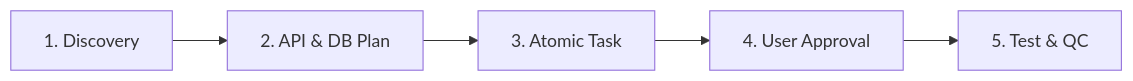
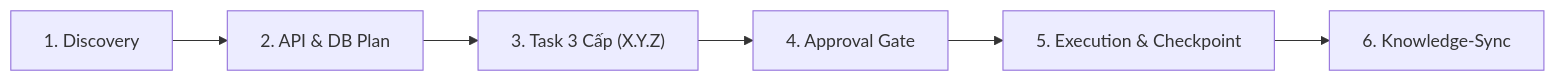
One commit to kindustries-erp/erp-api changed the diagram in .agents/workflows/plan-and-task.md. Above: the diagram before and after it, drawn with Mermaid. The commit also changed other lines of this file, not shown here.

Commit message:
docs(workflow): enhance plan-and-task workflow with strict read-only planning guard

````diff
--- a/.agents/workflows/plan-and-task.md
+++ b/.agents/workflows/plan-and-task.md
@@ -13,7 +13,8 @@
 ```mermaid
 graph LR
     A["1. Discovery"] --> B["2. API & DB Plan"]
-    B --> C["3. Atomic Task"]
-    C --> D["4. User Approval"]
-    D --> E["5. Test & QC"]
+    B --> C["3. Task 3 Cấp (X.Y.Z)"]
+    C --> D["4. Approval Gate"]
+    D --> E["5. Execution & Checkpoint"]
+    E --> F["6. Knowledge-Sync"]
 ```
````
